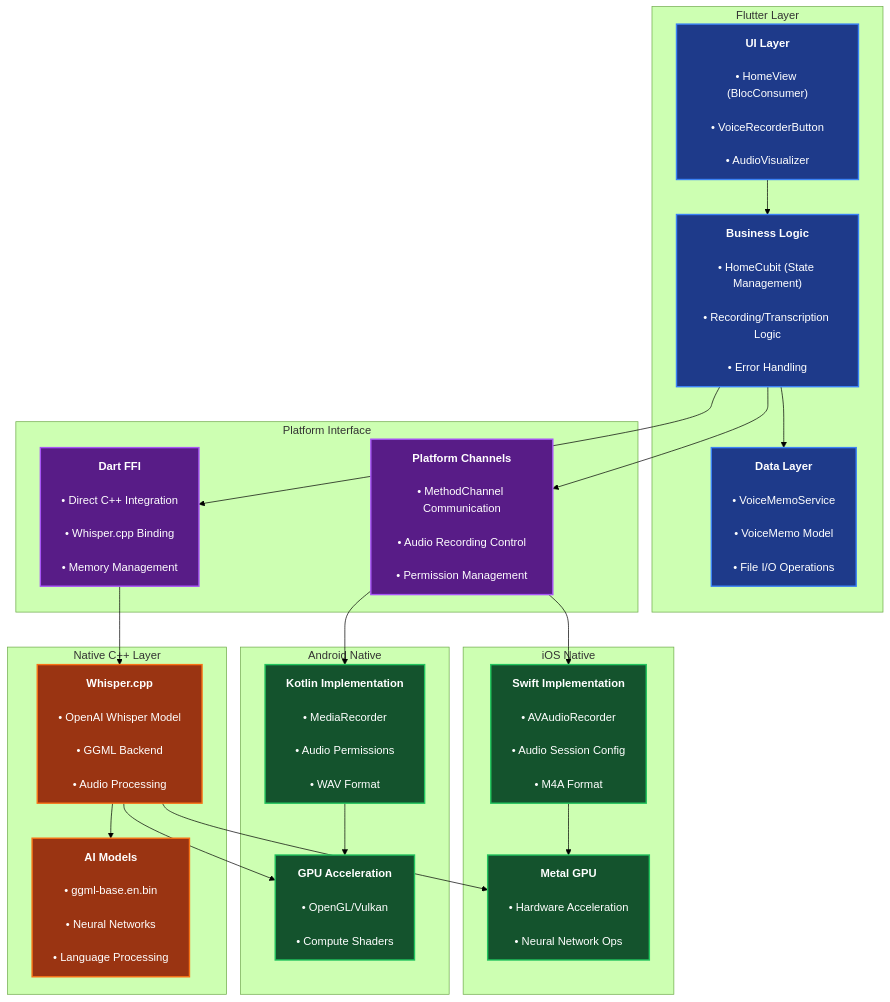
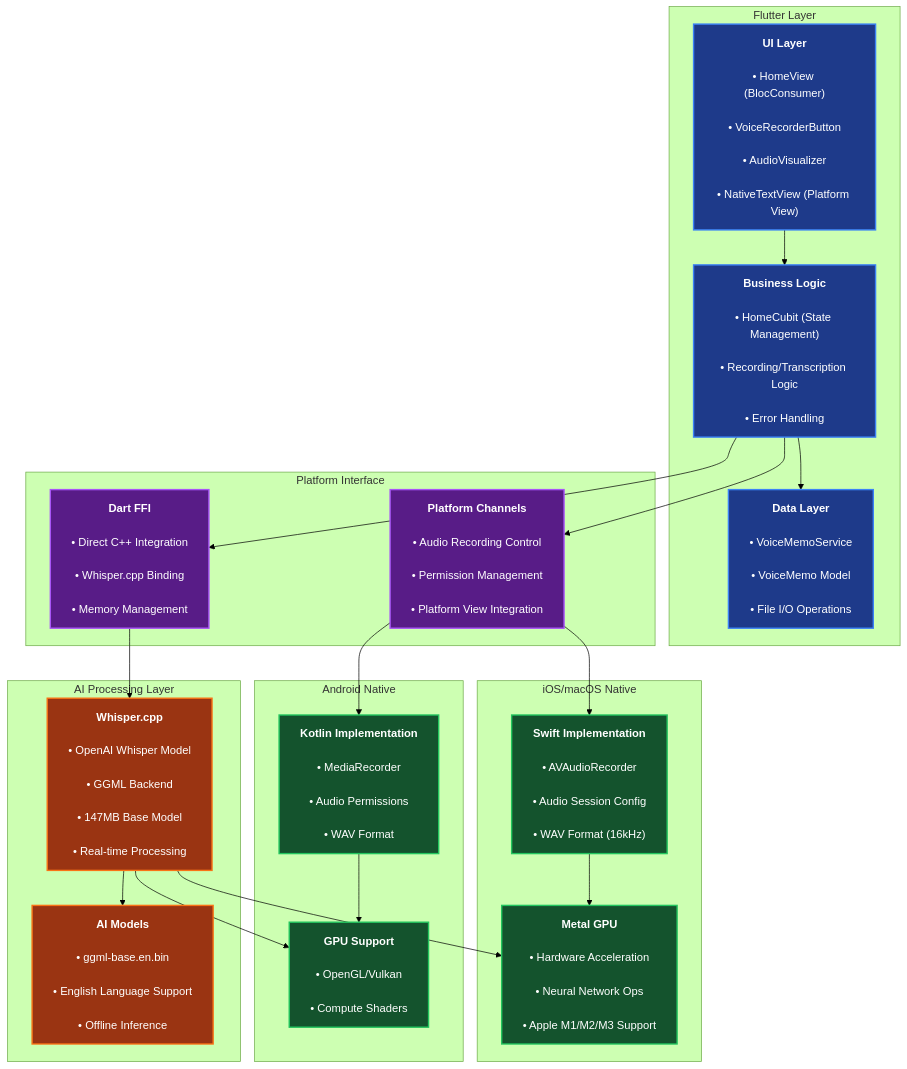
Before and after one commit to esrakadah/flutter_voice_bridge: the first of 2 diagrams in README.md, drawn with Mermaid (forest theme). The commit also changed other lines of this file and 12 other files, not shown here.

First line of the commit message:
Enhance architecture documentation and feature status for production readiness

````diff
--- a/README.md
+++ b/README.md
@@ -33,7 +34,8 @@
         UI["`**UI Layer**<br/>
         • HomeView (BlocConsumer)<br/>
         • VoiceRecorderButton<br/>
-        • AudioVisualizer`"]
+        • AudioVisualizer<br/>
+        • NativeTextView (Platform View)`"]
         
         BL["`**Business Logic**<br/>
         • HomeCubit (State Management)<br/>
@@ -48,9 +50,9 @@
     
     subgraph "Platform Interface"
         PC["`**Platform Channels**<br/>
-        • MethodChannel Communication<br/>
         • Audio Recording Control<br/>
-        • Permission Management`"]
+        • Permission Management<br/>
+        • Platform View Integration`"]
         
         FFI["`**Dart FFI**<br/>
         • Direct C++ Integration<br/>
@@ -58,15 +60,16 @@
         • Memory Management`"]
     end
     
-    subgraph "iOS Native"
+    subgraph "iOS/macOS Native"
         iOS_Swift["`**Swift Implementation**<br/>
         • AVAudioRecorder<br/>
         • Audio Session Config<br/>
-        • M4A Format`"]
+        • WAV Format (16kHz)`"]
         
         iOS_Metal["`**Metal GPU**<br/>
         • Hardware Acceleration<br/>
-        • Neural Network Ops`"]
+        • Neural Network Ops<br/>
+        • Apple M1/M2/M3 Support`"]
     end
     
     subgraph "Android Native"
@@ -75,21 +78,22 @@
         • Audio Permissions<br/>
         • WAV Format`"]
         
-        Android_GPU["`**GPU Acceleration**<br/>
+        Android_GPU["`**GPU Support**<br/>
         • OpenGL/Vulkan<br/>
         • Compute Shaders`"]
     end
     
-    subgraph "Native C++ Layer"
+    subgraph "AI Processing Layer"
         Whisper["`**Whisper.cpp**<br/>
         • OpenAI Whisper Model<br/>
         • GGML Backend<br/>
-        • Audio Processing`"]
+        • 147MB Base Model<br/>
+        • Real-time Processing`"]
         
         Models["`**AI Models**<br/>
         • ggml-base.en.bin<br/>
-        • Neural Networks<br/>
-        • Language Processing`"]
+        • English Language Support<br/>
+        • Offline Inference`"]
     end
     
     %% Flutter Internal Flow
@@ -106,20 +110,20 @@
     FFI --> Whisper
     Whisper --> Models
     
-    %% Native GPU Connections
+    %% GPU Acceleration Paths
     iOS_Swift --> iOS_Metal
     Android_Kotlin --> Android_GPU
     Whisper --> iOS_Metal
     Whisper --> Android_GPU
     
-    %% Styling - Dark mode friendly
+    %% Styling
     classDef flutter fill:#1e3a8a,stroke:#3b82f6,stroke-width:2px,color:#ffffff
     classDef platform fill:#581c87,stroke:#a855f7,stroke-width:2px,color:#ffffff
     classDef native fill:#14532d,stroke:#22c55e,stroke-width:2px,color:#ffffff
-    classDef cpp fill:#9a3412,stroke:#f97316,stroke-width:2px,color:#ffffff
+    classDef ai fill:#9a3412,stroke:#f97316,stroke-width:2px,color:#ffffff
     
     class UI,BL,Data flutter
     class PC,FFI platform
     class iOS_Swift,Android_Kotlin,iOS_Metal,Android_GPU native
-    class Whisper,Models cpp
+    class Whisper,Models ai
 ```
````
